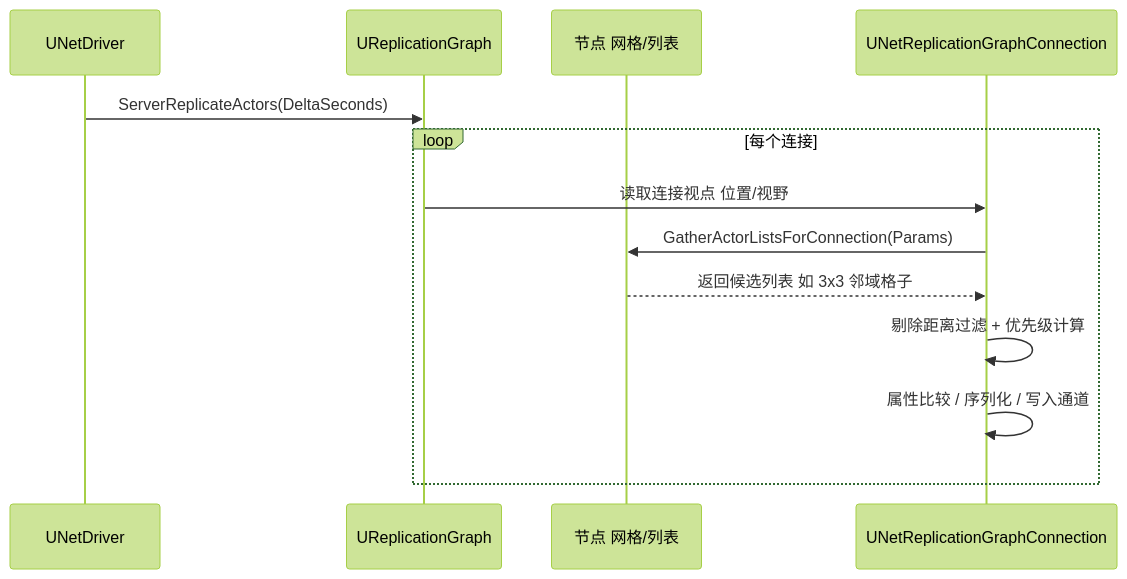
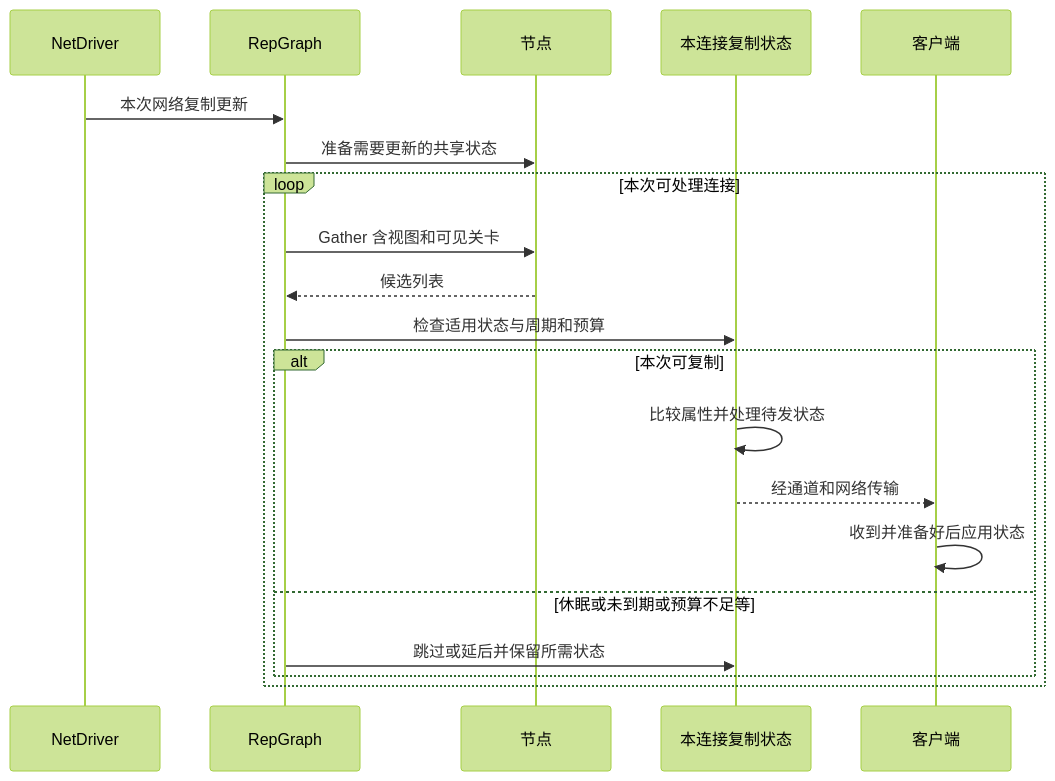
One commit to fantuan812/learning changed the third of 3 diagrams in 知识/07-网络与游戏服务端/状态复制与兴趣管理/05-ReplicationGraph兴趣管理.md. Above: the diagram before and after it, drawn with Mermaid (forest theme). The commit also changed other lines of this file and 1 other file, not shown here.

````diff
--- a/知识/07-网络与游戏服务端/状态复制与兴趣管理/05-ReplicationGraph兴趣管理.md
+++ b/知识/07-网络与游戏服务端/状态复制与兴趣管理/05-ReplicationGraph兴趣管理.md
@@ -205,15 +189,22 @@
 ```mermaid
 sequenceDiagram
-    participant ND as UNetDriver
-    participant RG as UReplicationGraph
-    participant N as 节点 网格/列表
-    participant C as UNetReplicationGraphConnection
-    ND->>RG: ServerReplicateActors(DeltaSeconds)
-    loop 每个连接
-        RG->>C: 读取连接视点 位置/视野
-        C->>N: GatherActorListsForConnection(Params)
-        N-->>C: 返回候选列表 如 3x3 邻域格子
-        C->>C: 剔除距离过滤 + 优先级计算
-        C->>C: 属性比较 / 序列化 / 写入通道
+    participant ND as NetDriver
+    participant RG as RepGraph
+    participant N as 节点
+    participant C as 本连接复制状态
+    participant CL as 客户端
+    ND->>RG: 本次网络复制更新
+    RG->>N: 准备需要更新的共享状态
+    loop 本次可处理连接
+        RG->>N: Gather 含视图和可见关卡
+        N-->>RG: 候选列表
+        RG->>C: 检查适用状态与周期和预算
+        alt 本次可复制
+            C->>C: 比较属性并处理待发状态
+            C-->>CL: 经通道和网络传输
+            CL->>CL: 收到并准备好后应用状态
+        else 休眠或未到期或预算不足等
+            RG->>C: 跳过或延后并保留所需状态
+        end
     end
 ```
````
